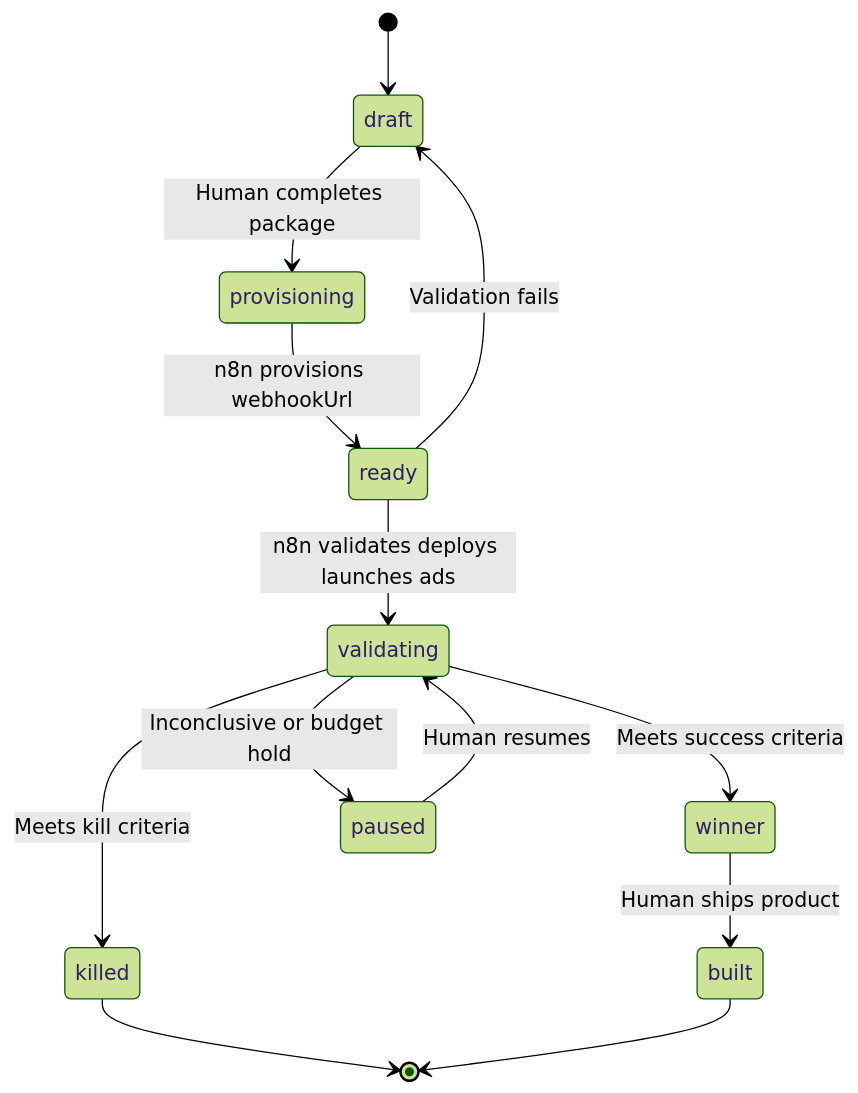
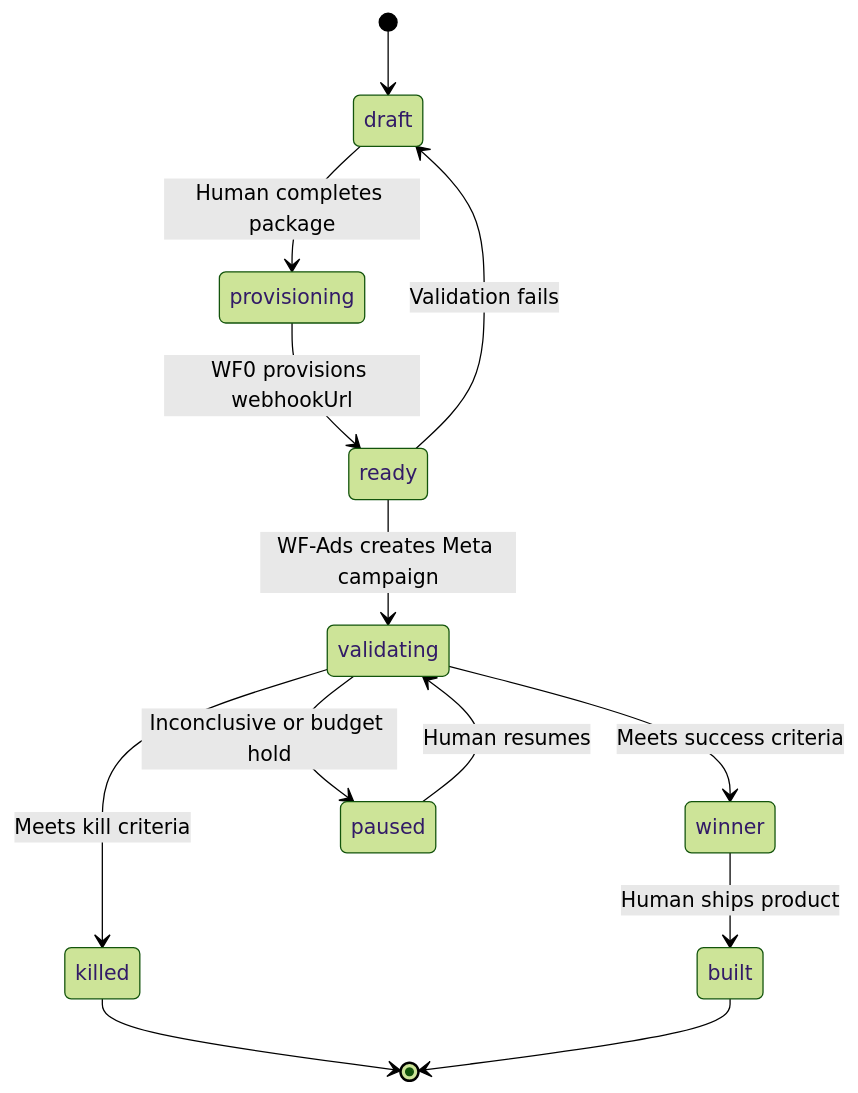
One commit to scootero/App-Validation-System changed the fourth of 4 diagrams in N8N_PLATFORM_ARCHITECTURE.md. Above: the diagram before and after it, drawn with Mermaid (forest theme). The commit also changed other lines of this file and 11 other files, not shown here.

````diff
--- a/N8N_PLATFORM_ARCHITECTURE.md
+++ b/N8N_PLATFORM_ARCHITECTURE.md
@@ -908,15 +985,15 @@
 ```mermaid
 stateDiagram-v2
   [*] --> draft
   draft --> provisioning: Human completes package
-  provisioning --> ready: n8n provisions webhookUrl
-  ready --> validating: n8n validates deploys launches ads
+  provisioning --> ready: WF0 provisions webhookUrl
+  ready --> validating: WF-Ads creates Meta campaign
   ready --> draft: Validation fails
   validating --> winner: Meets success criteria
   validating --> killed: Meets kill criteria
   validating --> paused: Inconclusive or budget hold
   paused --> validating: Human resumes
   winner --> built: Human ships product
   killed --> [*]
   built --> [*]
 ```
````
